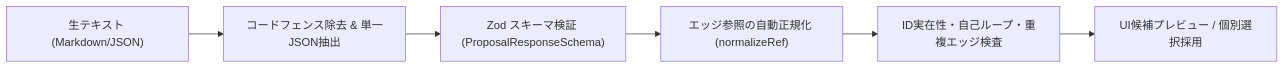
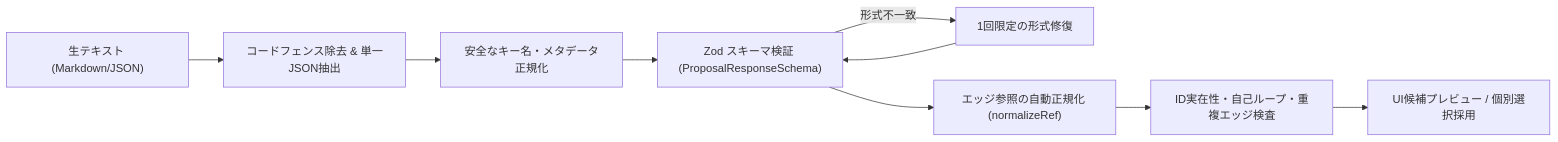
The second of 2 diagrams in docs/REFERENCE_MANUAL.md (Kenn-Tanaka/TPDD-Editor), drawn with Mermaid before and after one commit. The commit also changed other lines of this file and 4 other files, not shown here.

````diff
--- a/docs/REFERENCE_MANUAL.md
+++ b/docs/REFERENCE_MANUAL.md
@@ -202,8 +202,11 @@
 ```mermaid
 flowchart LR
   RAW["生テキスト (Markdown/JSON)"] --> FENCE["コードフェンス除去 & 単一JSON抽出"]
-  FENCE --> ZOD["Zod スキーマ検証 (ProposalResponseSchema)"]
+  FENCE --> SHAPE["安全なキー名・メタデータ正規化"]
+  SHAPE --> ZOD["Zod スキーマ検証 (ProposalResponseSchema)"]
+  ZOD -- "形式不一致" --> REPAIR["1回限定の形式修復"]
+  REPAIR --> ZOD
   ZOD --> NORM["エッジ参照の自動正規化 (normalizeRef)"]
   NORM --> CHECK["ID実在性・自己ループ・重複エッジ検査"]
   CHECK --> ADOPT["UI候補プレビュー / 個別選択採用"]
 ```
````
